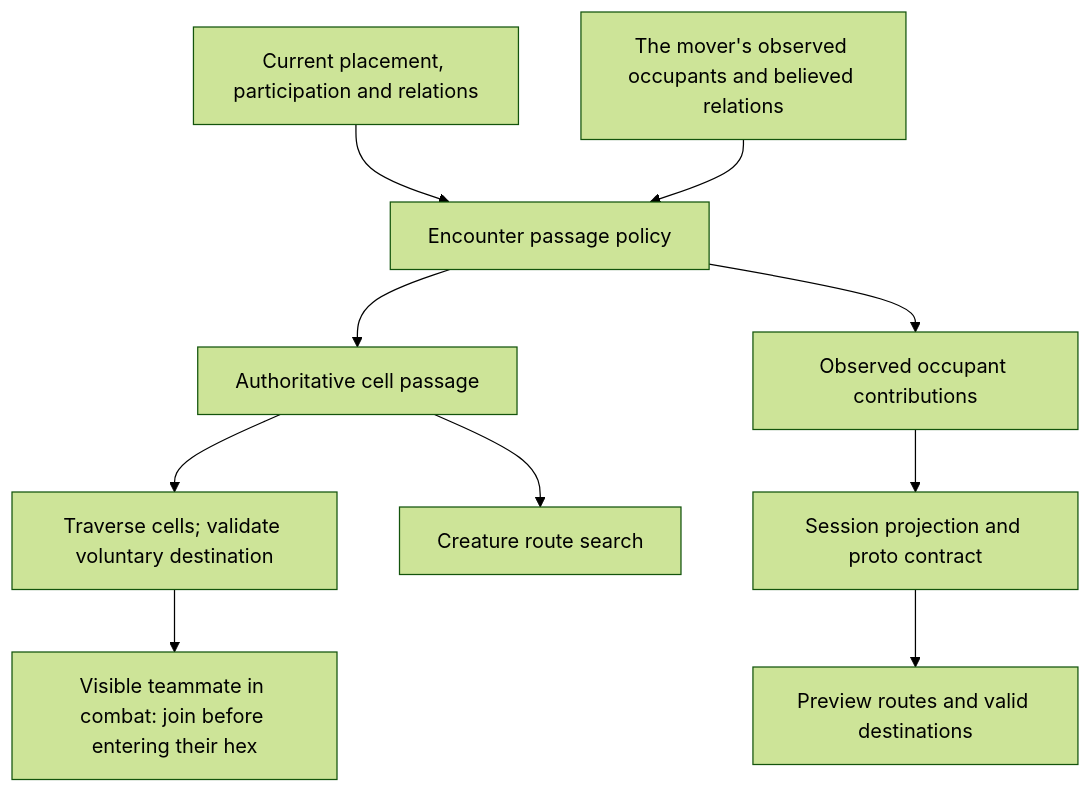
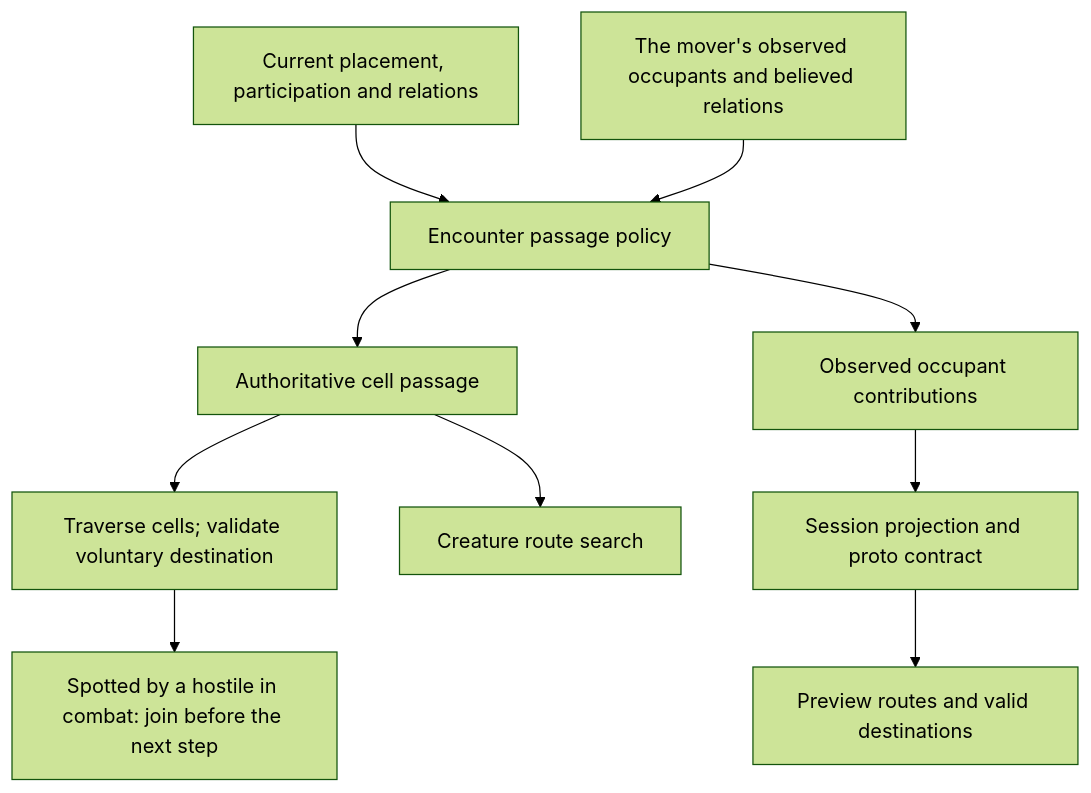
Before and after one commit to KirkDiggler/rpg-project: the diagram in ideas/movement-passage/design.md, drawn with Mermaid (forest theme). The commit also changed other lines of this file, not shown here.

First line of the commit message:
design: movement passage — R7 only hostile contact admits a walker (supersedes R6) (#592)

````diff
--- a/ideas/movement-passage/design.md
+++ b/ideas/movement-passage/design.md
@@ -5,12 +5,12 @@
 ```mermaid
 flowchart TD
     Truth[Current placement, participation and relations] --> Rules[Encounter passage policy]
     Known[The mover's observed occupants and believed relations] --> Rules
     Rules --> Actual[Authoritative cell passage]
     Rules --> Preview[Observed occupant contributions]
     Actual --> Walk[Traverse cells; validate voluntary destination]
-    Walk --> Entry[Visible teammate in combat: join before entering their hex]
+    Walk --> Entry[Spotted by a hostile in combat: join before the next step]
     Actual --> Routes[Creature route search]
     Preview --> Seam[Session projection and proto contract]
     Seam --> Web[Preview routes and valid destinations]
 ```
````
